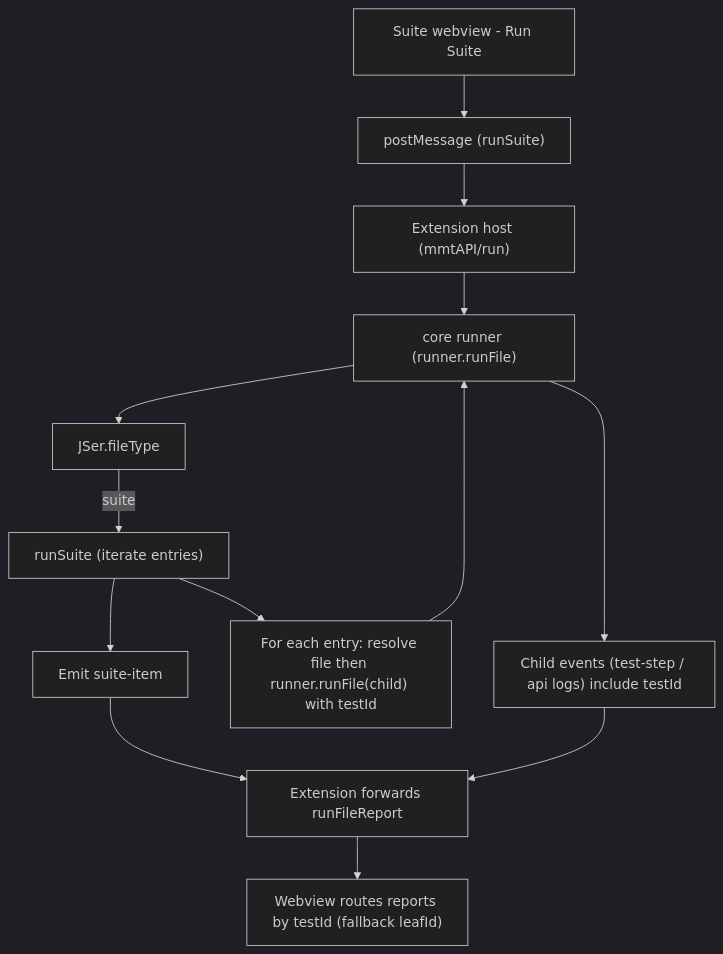
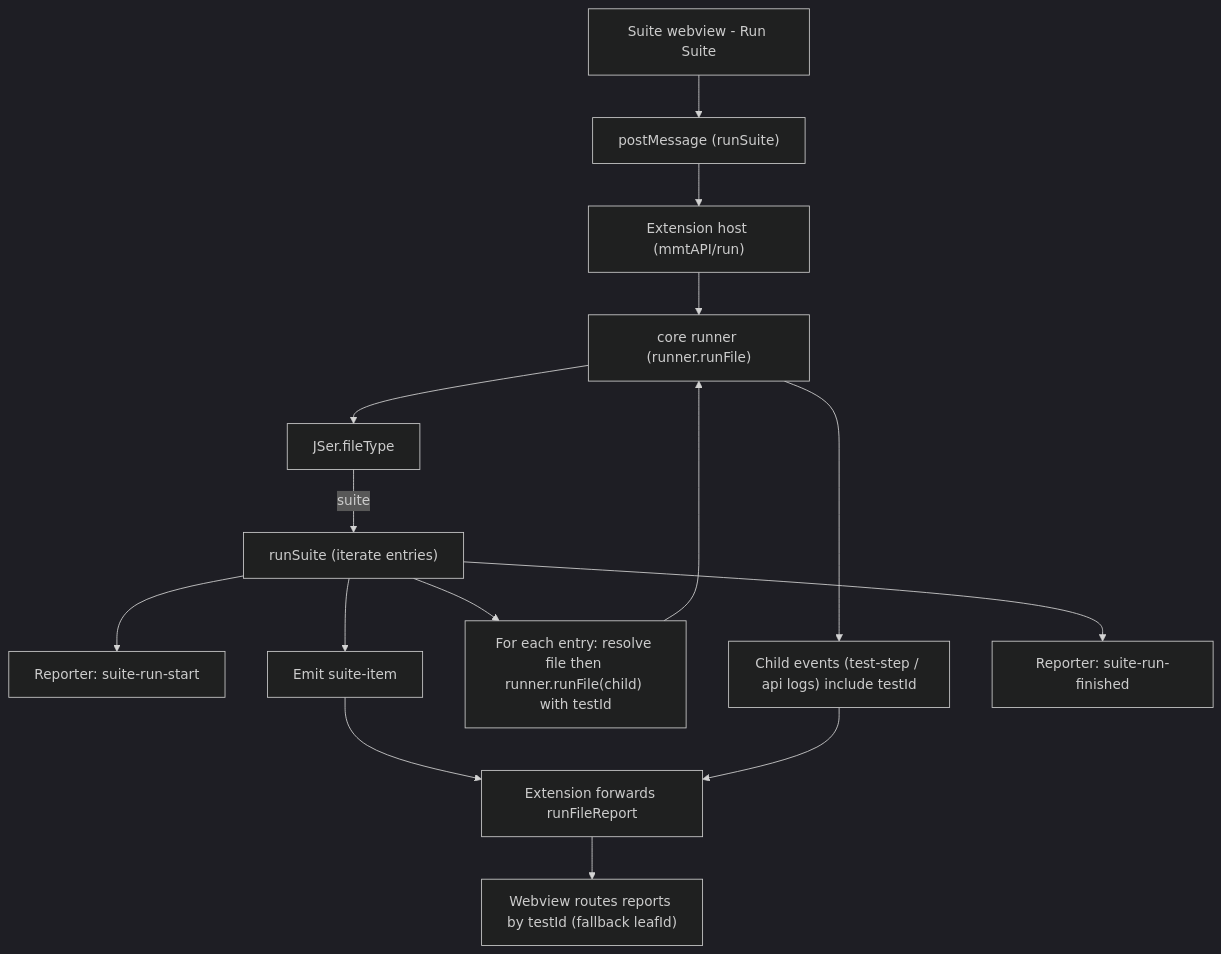
One commit to mshobeyri/multimeter changed the third of 4 diagrams in AGENTS.md. Above: the diagram before and after it, drawn with Mermaid (dark theme). The commit also changed other lines of this file and 13 other files, not shown here.

Commit message:
Fix RunJS context rename ( & ), update runCommon and mmtAPI, adjust tests; add suite bundle plumbing

````diff
--- a/AGENTS.md
+++ b/AGENTS.md
@@ -129,15 +129,17 @@
 ```mermaid
 flowchart TD
   A["Suite webview - Run Suite"] --> B["postMessage (runSuite)"]
   B --> C["Extension host (mmtAPI/run)"]
   C --> D["core runner (runner.runFile)"]
   D --> E["JSer.fileType"]
   E -->|suite| F["runSuite (iterate entries)"]
+  F --> S0["Reporter: suite-run-start"]
   F --> G["Emit suite-item"]
   F --> H["For each entry: resolve file then runner.runFile(child) with testId"]
   H --> D
   D --> I["Child events (test-step / api logs) include testId"]
   G --> J["Extension forwards runFileReport"]
   I --> J
+  F --> S1["Reporter: suite-run-finished"]
   J --> K["Webview routes reports by testId (fallback leafId)"]
 ```
````
